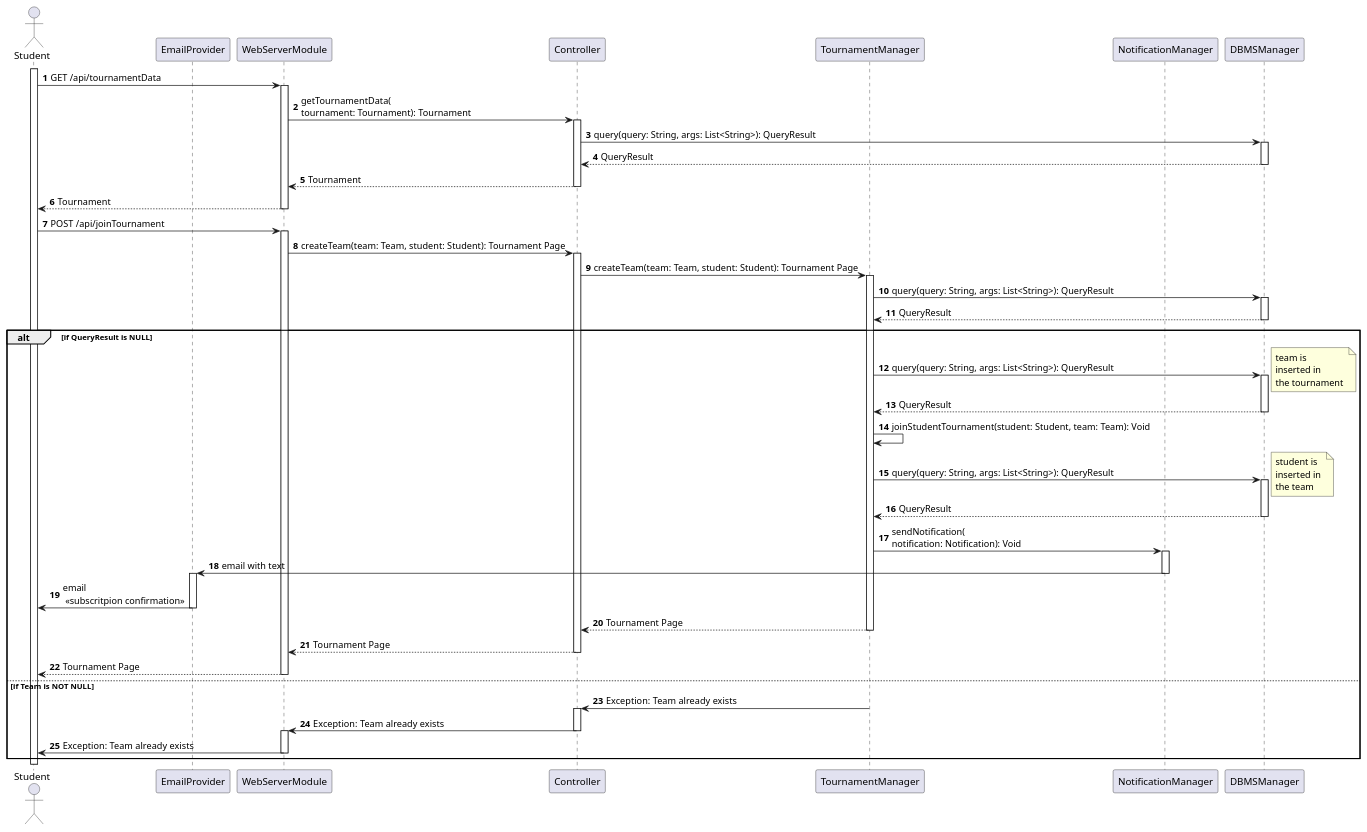
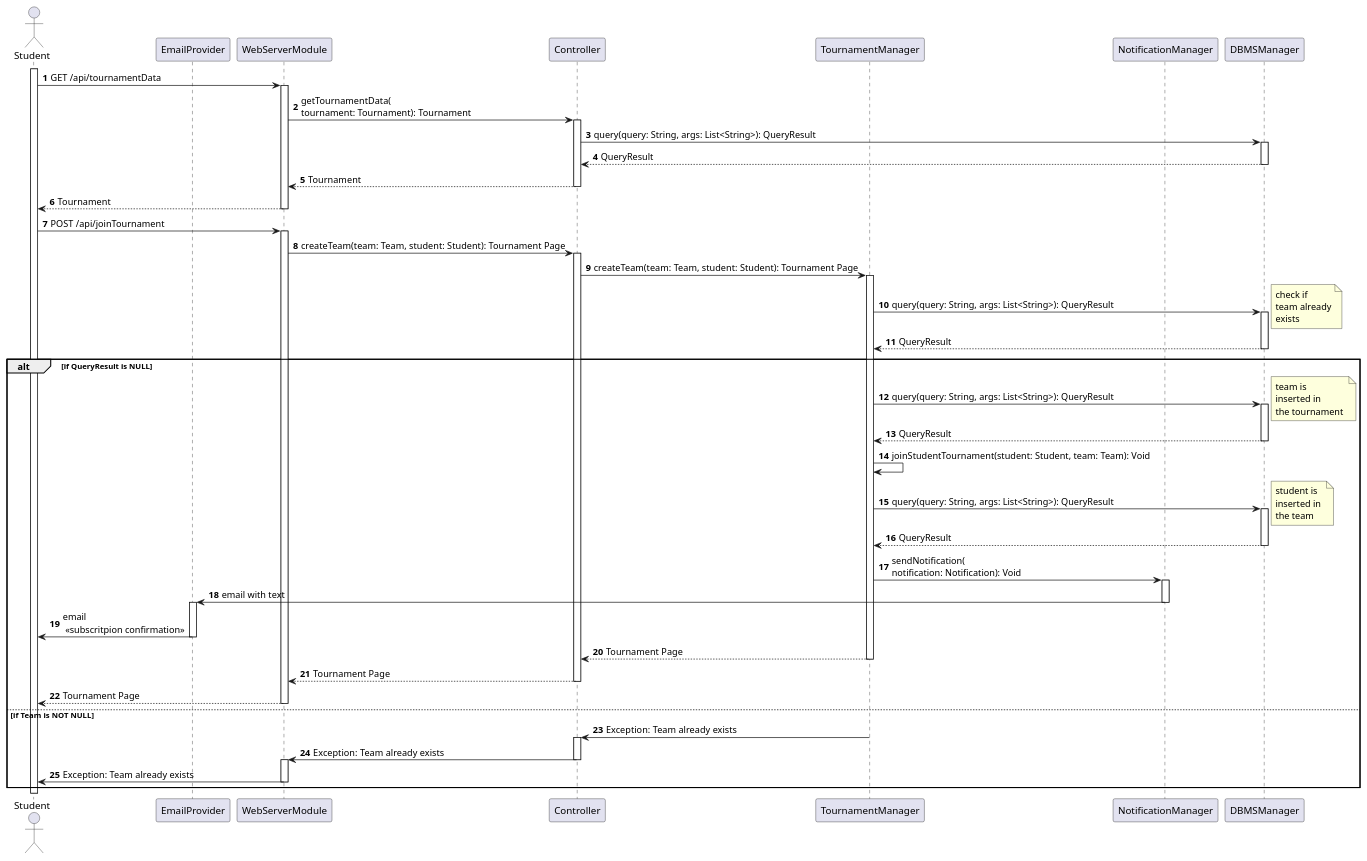
The diagram in _DD/Images/sequenceDiagrams/joinATournament.wsd (Angelo7672/SE2_Requirement-and-Design-Document), drawn with PlantUML before and after one commit. The commit also changed 5 other files, not shown here.

Commit message:
first 6 sequence diagram update

```diff
--- a/_DD/Images/sequenceDiagrams/joinATournament.wsd
+++ b/_DD/Images/sequenceDiagrams/joinATournament.wsd
@@ -1,79 +1,84 @@
 @startuml
 
 autonumber
 
 actor Student as S
 participant EmailProvider as EP
 participant WebServerModule as WS
 participant Controller as C
 participant TournamentManager as TM
 participant NotificationManager as NM
 participant DBMSManager as DBMSM
 
 activate S
 S -> WS: GET /api/tournamentData
 activate WS
 WS -> C: getTournamentData(\ntournament: Tournament): Tournament
 activate C
 C -> DBMSM: query(query: String, args: List<String>): QueryResult
 activate DBMSM
 DBMSM --> C: QueryResult
 deactivate DBMSM
 C --> WS: Tournament
 deactivate C
 WS --> S: Tournament
 deactivate WS
 S -> WS: POST /api/joinTournament
 activate WS
 WS -> C: createTeam(team: Team, student: Student): Tournament Page
 activate C
 C -> TM: createTeam(team: Team, student: Student): Tournament Page
 activate TM
 TM -> DBMSM: query(query: String, args: List<String>): QueryResult
+note right
+    check if 
+    team already
+    exists
+end note
 activate DBMSM
 DBMSM --> TM: QueryResult
 deactivate DBMSM
 alt if QueryResult is NULL
     TM -> DBMSM: query(query: String, args: List<String>): QueryResult
     activate DBMSM
     note right
         team is 
         inserted in 
         the tournament 
     end note
     DBMSM --> TM: QueryResult
     deactivate DBMSM
     TM -> TM: joinStudentTournament(student: Student, team: Team): Void
     TM -> DBMSM: query(query: String, args: List<String>): QueryResult
     activate DBMSM
     note right
         student is 
         inserted in 
         the team 
     end note
     DBMSM --> TM: QueryResult
     deactivate DBMSM
     TM -> NM: sendNotification(\nnotification: Notification): Void
     activate NM
     NM -> EP: email with text
     deactivate NM
     activate EP
     EP -> S: email\n <<subscritpion confirmation>>
     deactivate EP
     TM --> C: Tournament Page
     deactivate TM
     C --> WS: Tournament Page
     deactivate C
     WS --> S: Tournament Page
     deactivate WS
 else if Team is NOT NULL
     TM -> C: Exception: Team already exists
     activate C
     C -> WS: Exception: Team already exists
     deactivate C
     activate WS
     WS -> S: Exception: Team already exists
     deactivate WS
 end
 
 @enduml
```
